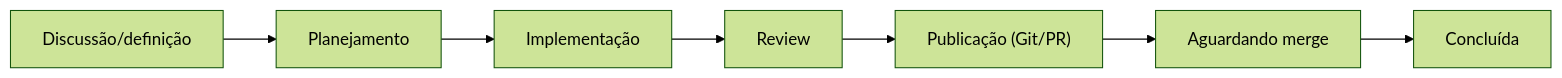
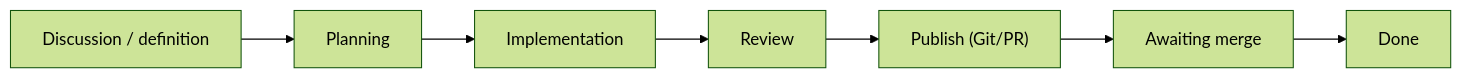
One commit to carinepra/dev-pipeline changed the second of 3 diagrams in README.md. Above: the diagram before and after it, drawn with Mermaid (forest theme). The commit also changed other lines of this file and 2 other files, not shown here.

````diff
--- a/README.md
+++ b/README.md
@@ -58,9 +57,9 @@
 ```mermaid
 flowchart LR
-  A["Discussão/definição"] --> B["Planejamento"]
-  B --> C["Implementação"]
+  A["Discussion / definition"] --> B["Planning"]
+  B --> C["Implementation"]
   C --> D["Review"]
-  D --> E["Publicação (Git/PR)"]
-  E --> F["Aguardando merge"]
-  F --> G["Concluída"]
+  D --> E["Publish (Git/PR)"]
+  E --> F["Awaiting merge"]
+  F --> G["Done"]
 ```
````
